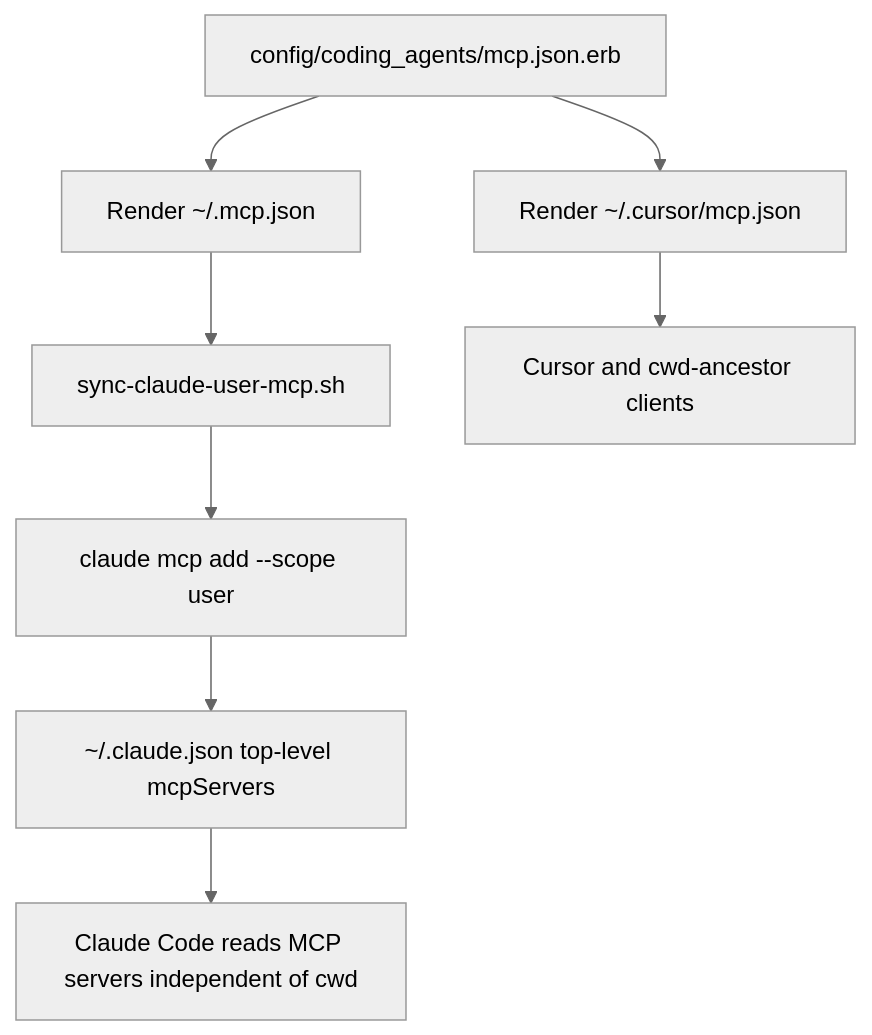
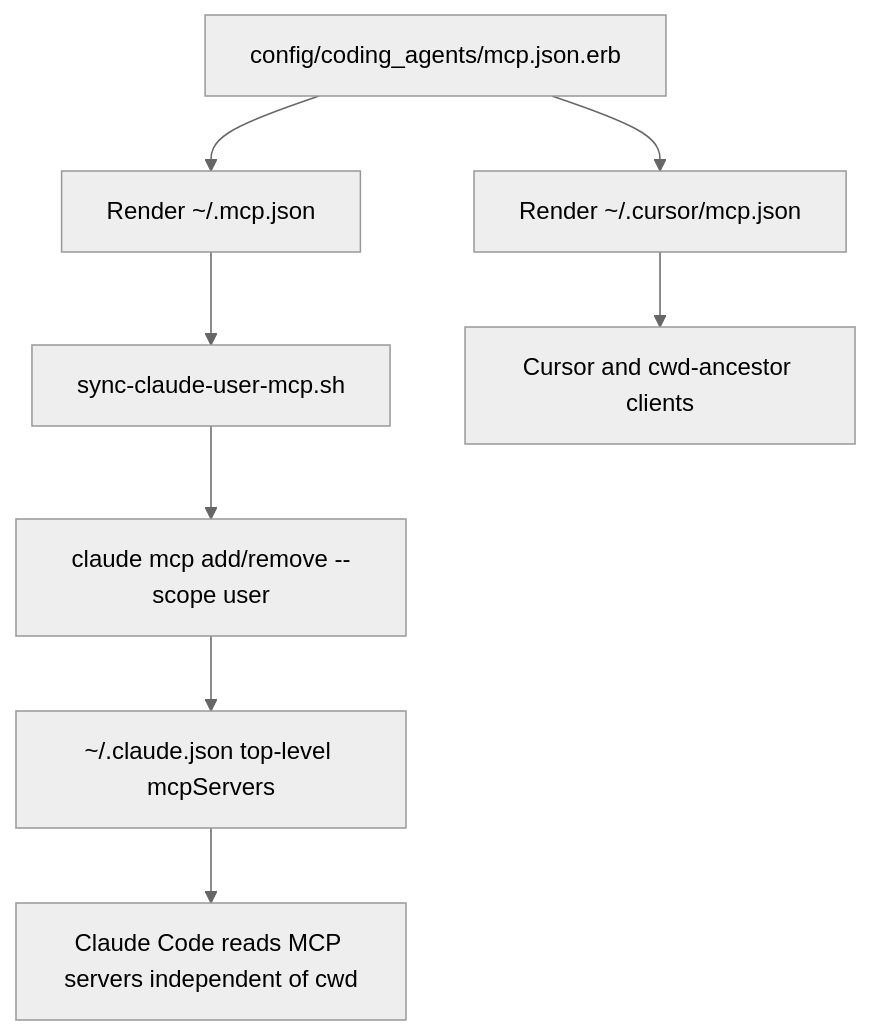
The second of 3 diagrams in README.md (Tyaba/dotfiles), drawn with Mermaid (neutral theme) before and after one commit. The commit also changed other lines of this file and 4 other files, not shown here.

````diff
--- a/README.md
+++ b/README.md
@@ -105,10 +107,10 @@
 ```mermaid
 flowchart TD
     A[config/coding_agents/mcp.json.erb] --> B[Render ~/.mcp.json]
     A --> C[Render ~/.cursor/mcp.json]
     B --> D[sync-claude-user-mcp.sh]
-    D --> E[claude mcp add --scope user]
+    D --> E[claude mcp add/remove --scope user]
     E --> F[~/.claude.json top-level mcpServers]
     F --> G[Claude Code reads MCP servers independent of cwd]
     C --> H[Cursor and cwd-ancestor clients]
 ```
````
